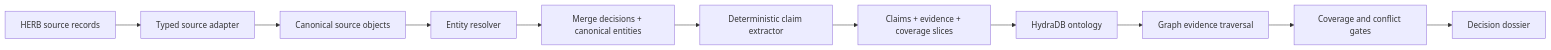
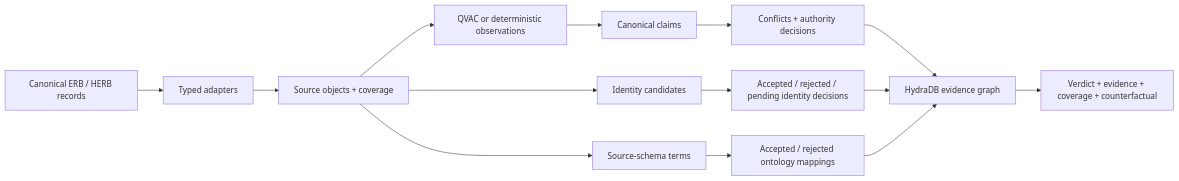
The diagram in README.md (danielAsaboro/alethia), drawn with Mermaid before and after one commit. The commit also changed other lines of this file and 7 other files, not shown here.

````diff
--- a/README.md
+++ b/README.md
@@ -24,13 +31,16 @@
 ```mermaid
 flowchart LR
-  A["HERB source records"] --> B["Typed source adapter"]
-  B --> C["Canonical source objects"]
-  C --> D["Entity resolver"]
-  D --> E["Merge decisions + canonical entities"]
-  E --> F["Deterministic claim extractor"]
-  F --> G["Claims + evidence + coverage slices"]
-  G --> H["HydraDB ontology"]
-  H --> I["Graph evidence traversal"]
-  I --> J["Coverage and conflict gates"]
-  J --> K["Decision dossier"]
+  A[Canonical ERB / HERB records] --> B[Typed adapters]
+  B --> C[Source objects + coverage]
+  C --> D[QVAC or deterministic observations]
+  D --> E[Canonical claims]
+  C --> F[Identity candidates]
+  C --> G[Source-schema terms]
+  E --> H[Conflicts + authority decisions]
+  F --> I[Accepted / rejected / pending identity decisions]
+  G --> J[Accepted / rejected ontology mappings]
+  H --> K[HydraDB evidence graph]
+  I --> K
+  J --> K
+  K --> L[Verdict + evidence + coverage + counterfactual]
 ```
````
